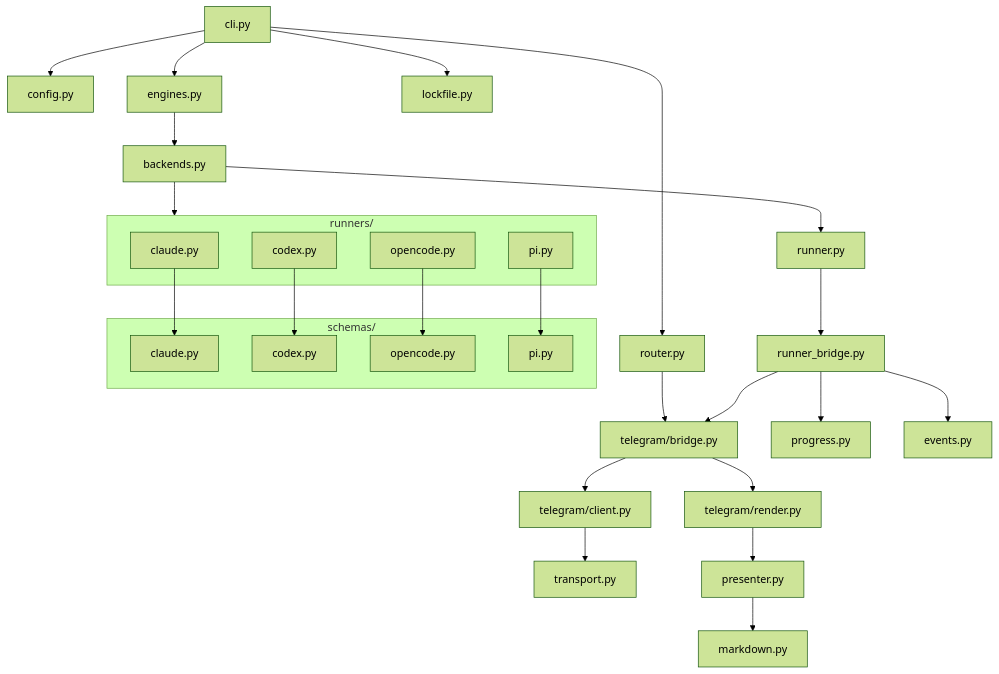
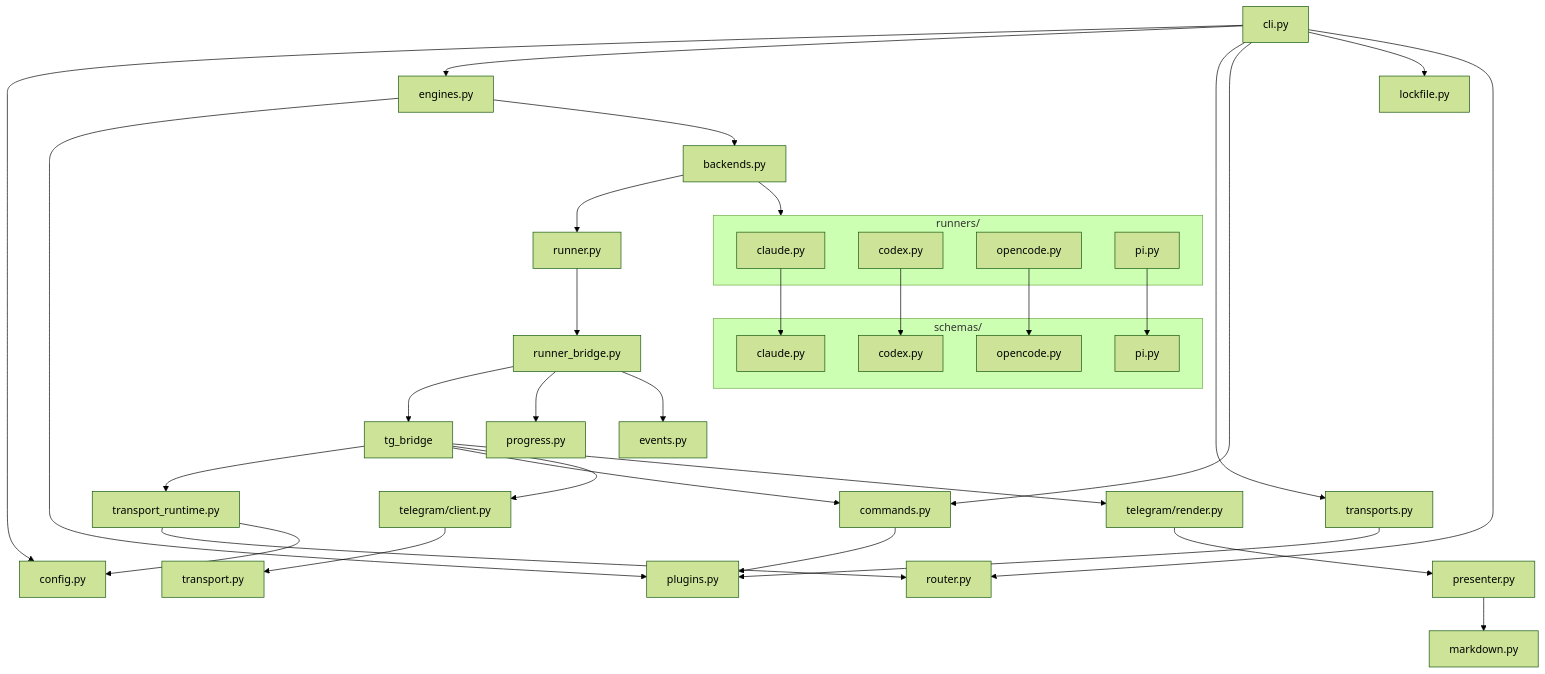
The sixth of 8 diagrams in docs/architecture.md (banteg/takopi), drawn with Mermaid (forest theme) before and after one commit. The commit also changed other lines of this file, not shown here.

Commit message:
docs(architecture): document plugin commands

````diff
--- a/docs/architecture.md
+++ b/docs/architecture.md
@@ -216,47 +258,56 @@
 ```mermaid
 flowchart TD
     cli[cli.py] --> config[config.py]
     cli --> engines[engines.py]
+    cli --> transports[transports.py]
+    cli --> commands[commands.py]
     cli --> lockfile[lockfile.py]
+
+    engines --> plugins[plugins.py]
+    transports --> plugins
+    commands --> plugins
 
     engines --> backends[backends.py]
 
     backends --> runners[runners/]
     backends --> runner[runner.py]
 
     subgraph runners[runners/]
         claude[claude.py]
         codex[codex.py]
         opencode[opencode.py]
         pi[pi.py]
     end
 
     subgraph schemas[schemas/]
         claude_s[claude.py]
         codex_s[codex.py]
         opencode_s[opencode.py]
         pi_s[pi.py]
     end
 
     claude --> claude_s
     codex --> codex_s
     opencode --> opencode_s
     pi --> pi_s
 
     cli --> router[router.py]
-    router --> tg_bridge[telegram/bridge.py]
+    tg_bridge --> runtime[transport_runtime.py]
+    runtime --> router
+    runtime --> config
+    tg_bridge --> commands
 
     runner --> runner_bridge[runner_bridge.py]
     runner_bridge --> tg_bridge
 
     tg_bridge --> client[telegram/client.py]
     tg_bridge --> render[telegram/render.py]
 
     client --> transport[transport.py]
 
     runner_bridge --> progress[progress.py]
     runner_bridge --> events[events.py]
 
     render --> presenter[presenter.py]
     presenter --> markdown[markdown.py]
 ```
````
